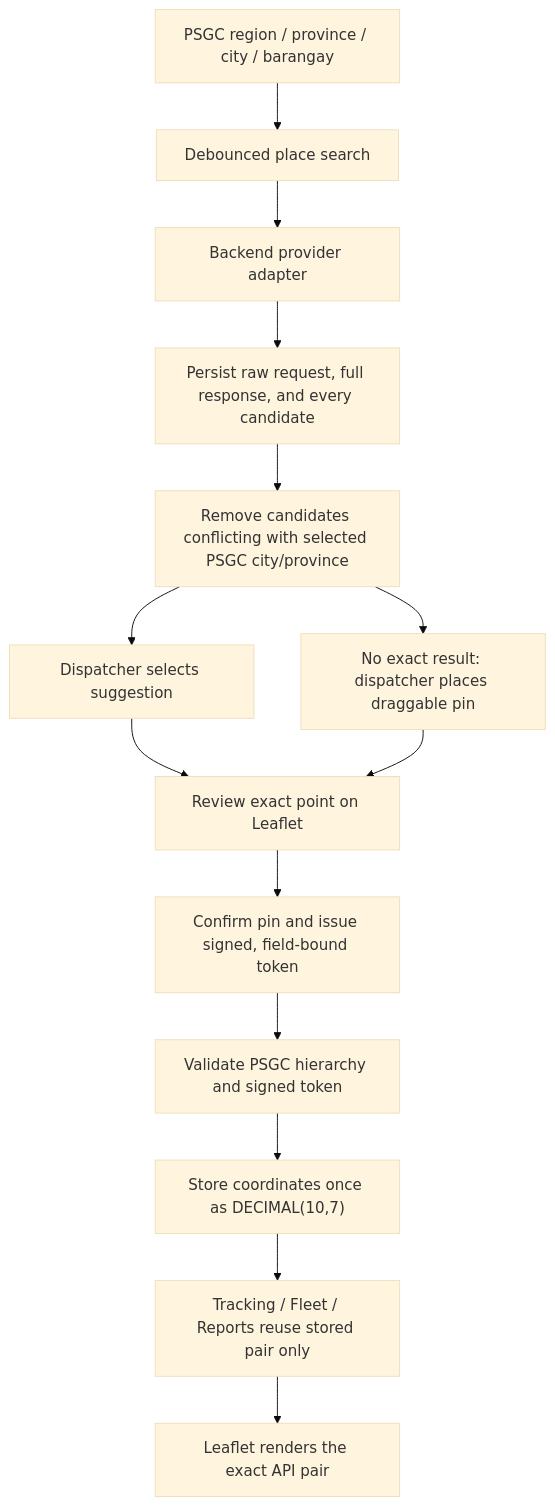
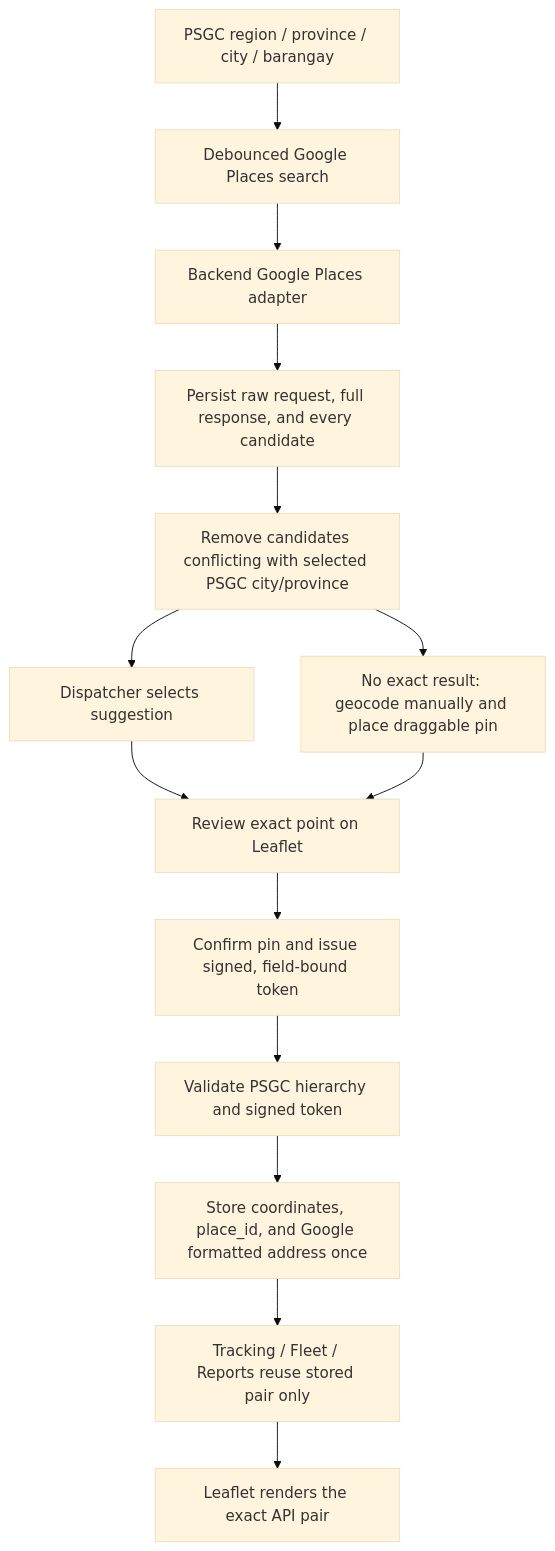
Before and after one commit to taduranmiggy/deliverex: the diagram in docs/address-coordinate-pipeline.md, drawn with Mermaid (base theme). The commit also changed other lines of this file and 187 other files, not shown here.

First line of the commit message:
Migrate geocoding to Google Maps and make map pin confirmation optional.

````diff
--- a/docs/address-coordinate-pipeline.md
+++ b/docs/address-coordinate-pipeline.md
@@ -23,16 +23,16 @@
 ```mermaid
 flowchart TD
-    A["PSGC region / province / city / barangay"] --> B["Debounced place search"]
-    B --> C["Backend provider adapter"]
+    A["PSGC region / province / city / barangay"] --> B["Debounced Google Places search"]
+    B --> C["Backend Google Places adapter"]
     C --> D["Persist raw request, full response, and every candidate"]
     D --> E["Remove candidates conflicting with selected PSGC city/province"]
     E --> F["Dispatcher selects suggestion"]
-    E --> G["No exact result: dispatcher places draggable pin"]
+    E --> G["No exact result: geocode manually and place draggable pin"]
     F --> H["Review exact point on Leaflet"]
     G --> H
     H --> I["Confirm pin and issue signed, field-bound token"]
     I --> J["Validate PSGC hierarchy and signed token"]
-    J --> K["Store coordinates once as DECIMAL(10,7)"]
+    J --> K["Store coordinates, place_id, and Google formatted address once"]
     K --> L["Tracking / Fleet / Reports reuse stored pair only"]
     L --> M["Leaflet renders the exact API pair"]
 ```
````
